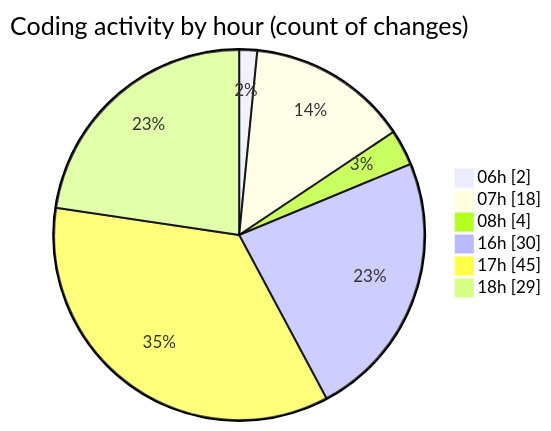
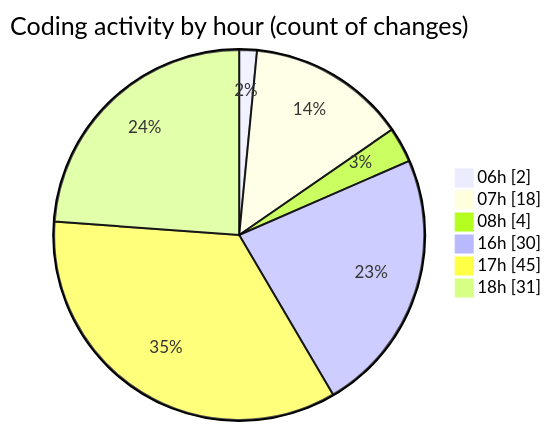
Before and after one commit to robertbonfada/code-tracking: the second of 2 diagrams in 2025-01-27/termonied-web/README.md, drawn with Mermaid. The commit also changed other lines of this file and 1 other file, not shown here.

````diff
--- a/2025-01-27/termonied-web/README.md
+++ b/2025-01-27/termonied-web/README.md
@@ -44,10 +44,10 @@
 ```mermaid
 pie showData
 title Coding activity by hour (count of changes)
 "06h" : 2
 "07h" : 18
 "08h" : 4
 "16h" : 30
 "17h" : 45
-"18h" : 29
+"18h" : 31
 ```
````
